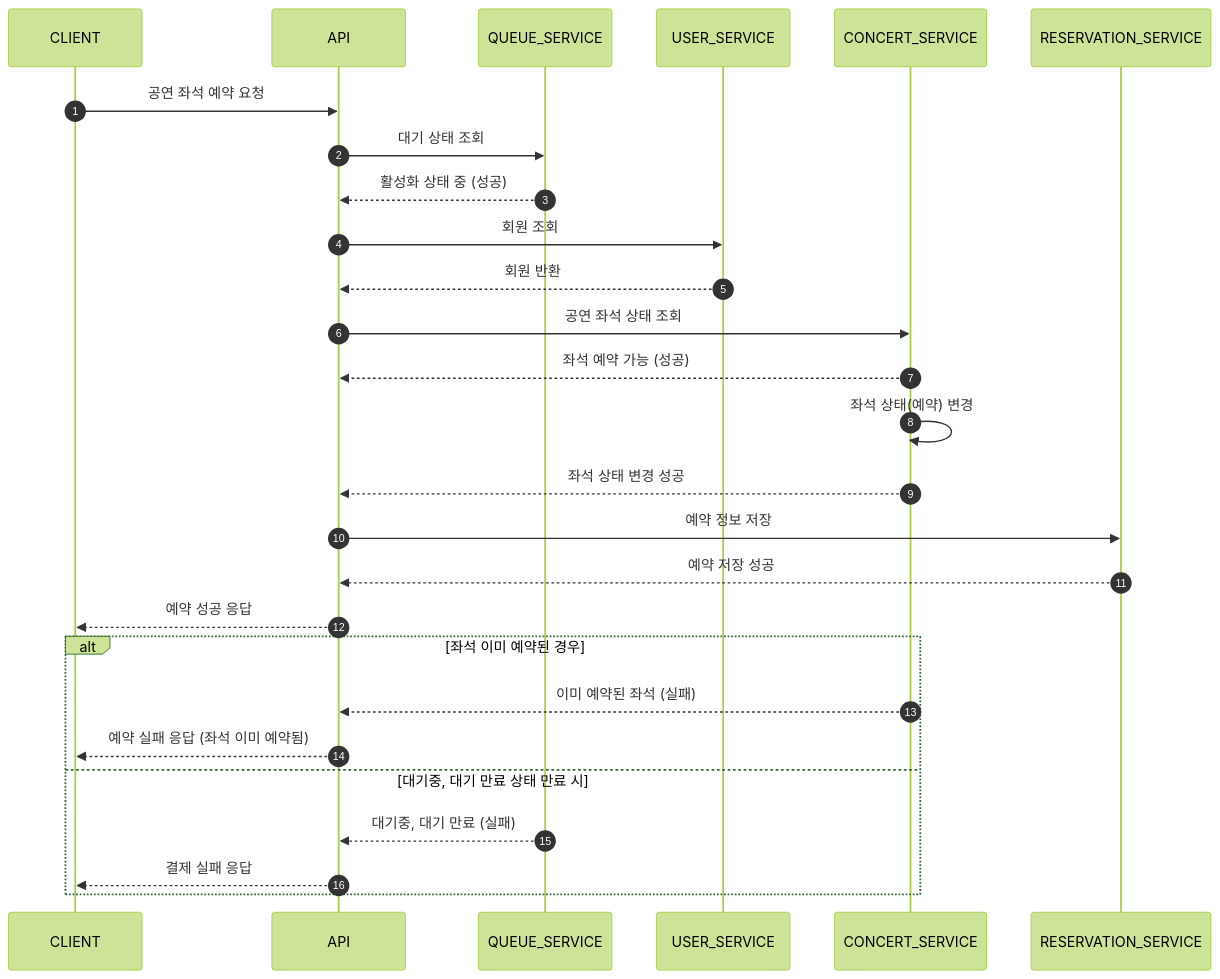
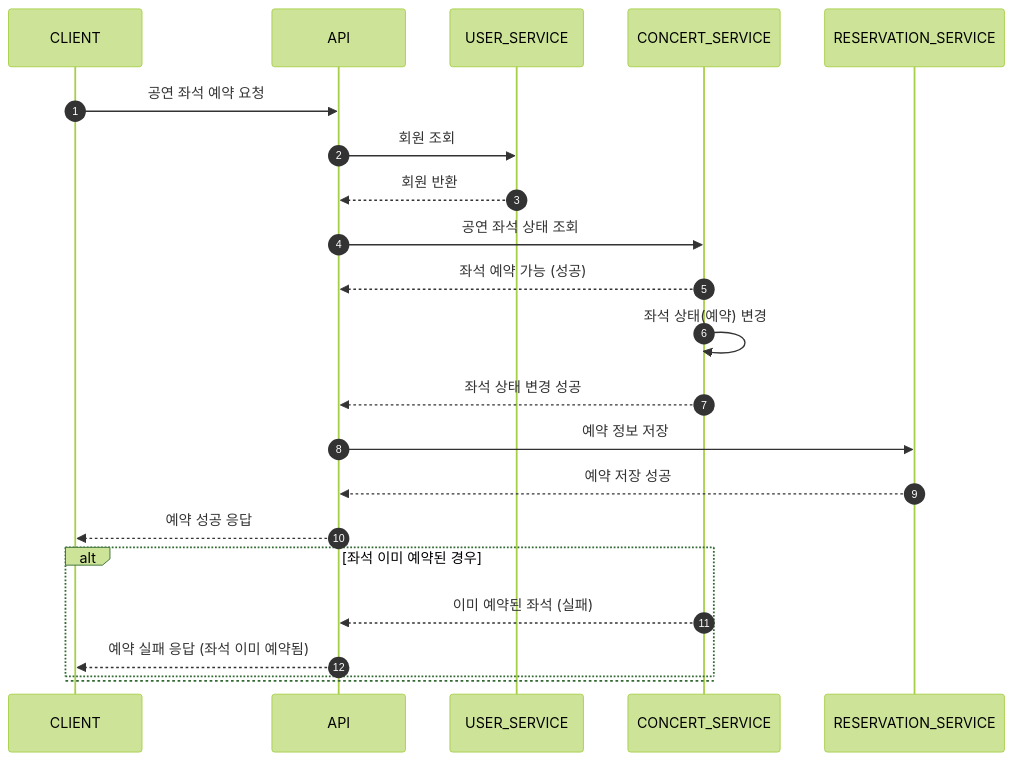
Before and after one commit to simhw/hhplus-concert-java: the fourth of 6 diagrams in docs/시퀀스 다이어그램.md, drawn with Mermaid (forest theme). The commit also changed other lines of this file and 4 other files, not shown here.

````diff
--- a/docs/시퀀스 다이어그램.md
+++ b/docs/시퀀스 다이어그램.md
@@ -50,32 +77,27 @@
 ```mermaid
 sequenceDiagram
     autonumber
     participant CLIENT
     participant API
-    participant QUEUE_SERVICE
     participant USER_SERVICE
     participant CONCERT_SERVICE
     participant RESERVATION_SERVICE
     CLIENT ->> API: 공연 좌석 예약 요청
-    API ->> QUEUE_SERVICE: 대기 상태 조회
-    QUEUE_SERVICE -->> API: 활성화 상태 중 (성공)
     API ->> USER_SERVICE: 회원 조회
     USER_SERVICE -->> API: 회원 반환
     API ->> CONCERT_SERVICE: 공연 좌석 상태 조회
     CONCERT_SERVICE -->> API: 좌석 예약 가능 (성공)
     CONCERT_SERVICE ->> CONCERT_SERVICE: 좌석 상태(예약) 변경
     CONCERT_SERVICE -->> API: 좌석 상태 변경 성공
     API ->> RESERVATION_SERVICE: 예약 정보 저장
     RESERVATION_SERVICE -->> API: 예약 저장 성공
     API -->> CLIENT: 예약 성공 응답
 
     alt 좌석 이미 예약된 경우
         CONCERT_SERVICE -->> API: 이미 예약된 좌석 (실패)
         API -->> CLIENT: 예약 실패 응답 (좌석 이미 예약됨)
-    else 대기중, 대기 만료 상태 만료 시
-        QUEUE_SERVICE -->> API: 대기중, 대기 만료 (실패)
-        API -->> CLIENT: 결제 실패 응답
+    else
     end
 
 
 ```
````
